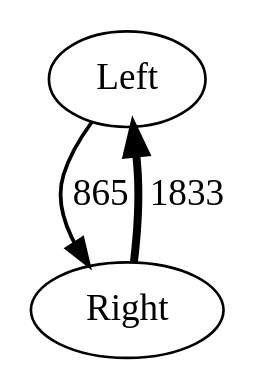
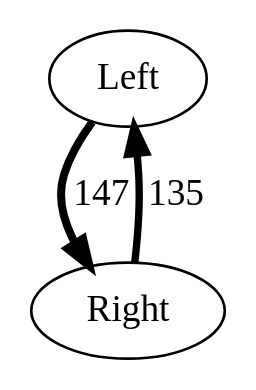
One commit to nicolkraus/AnalyzeBehavior changed the diagram in images/interactions.gv. Above: the diagram before and after it, drawn with Graphviz. The commit also changed 7 other files, not shown here.

Commit message:
graph similarity: graph edit distance, metrics: strongly/weakly connected components

```diff
--- a/images/interactions.gv
+++ b/images/interactions.gv
@@ -1,6 +1,6 @@
 strict digraph  {
 Left;
 Right;
-Left -> Right  [label=865, penwidth="1.4157119476268412"];
-Right -> Left  [label=1833, penwidth="3.0"];
+Left -> Right  [label=147, penwidth="3.0"];
+Right -> Left  [label=135, penwidth="2.7551020408163267"];
 }
```
